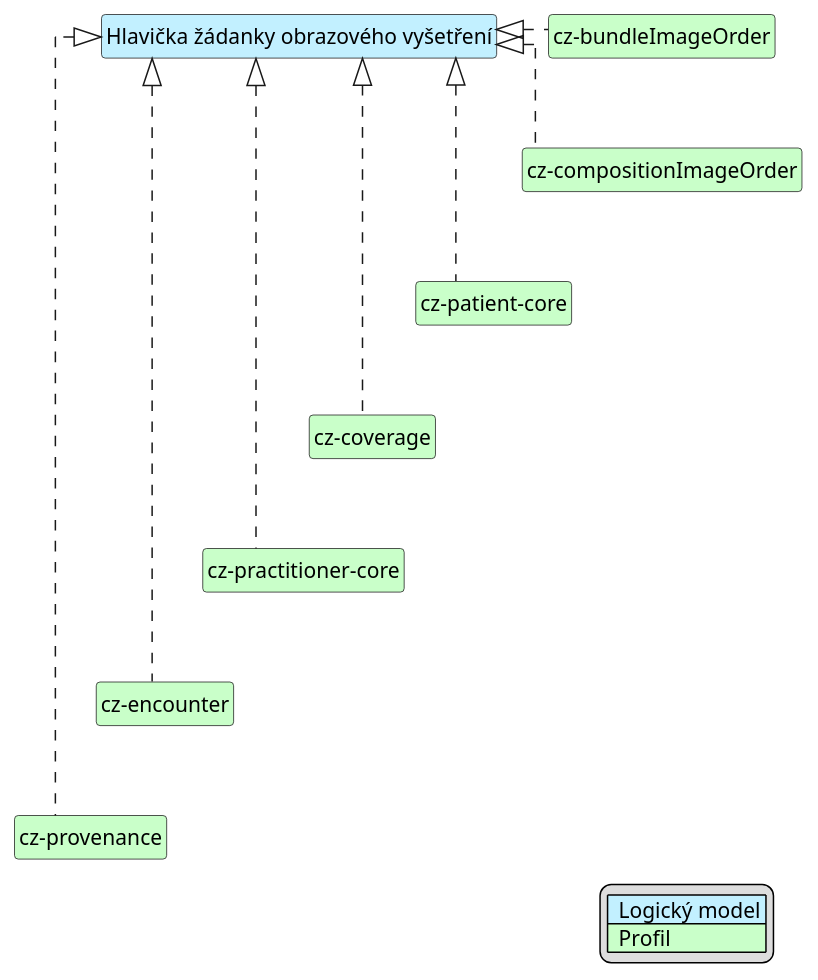
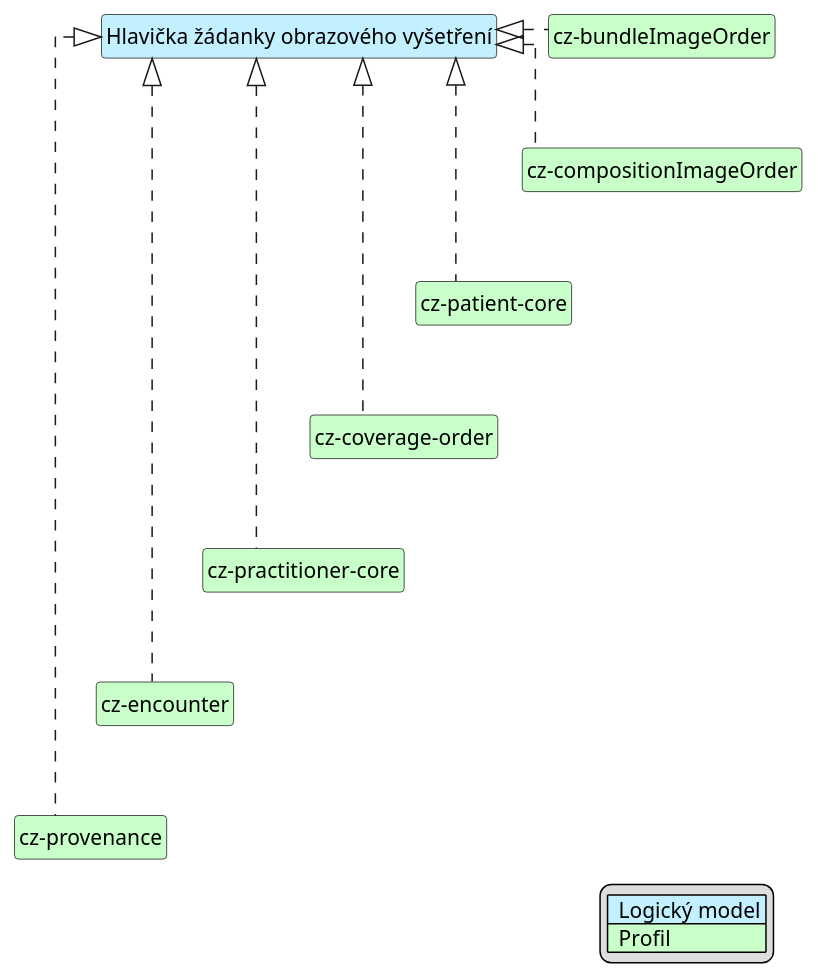
The diagram in input/images-source/imgOrderHead-map-cs.plantuml (HL7-cz/img-order), drawn with PlantUML before and after one commit. The commit also changed 3 other files, not shown here.

Commit message:
Fix coverage in plantuml

```diff
--- a/input/images-source/imgOrderHead-map-cs.plantuml
+++ b/input/images-source/imgOrderHead-map-cs.plantuml
@@ -1,47 +1,47 @@
 @startuml
 hide circle
 hide stereotype
 hide members
 hide methods
 skinparam linetype ortho
 skinparam class {
 BackgroundColor<<LogicalModel>> #APPLICATION
 BackgroundColor<<Profile>> #TECHNOLOGY
 }
 legend right
 | <#APPLICATION>  Logický model |
 | <#TECHNOLOGY>  Profil |
 endlegend
 class "Hlavička žádanky obrazového vyšetření" <<LogicalModel>> [[StructureDefinition-HeaderImagingOrder.html]]
 
 /'
 class "Additional Recipient" <<LogicalModel>> [[StructureDefinition-AdditionalRecipientCz.html]]
 class "Author" <<LogicalModel>> [[StructureDefinition-AuthorCz.html]]
 class "Information about coverage" <<LogicalModel>> [[StructureDefinition-CoverageOrderCz.html]]
 class "Document metadata" <<LogicalModel>> [[StructureDefinition-DocumentMetadataCz.html]]
 class "Health insurance and payment information" <<LogicalModel>> [[StructureDefinition-PayerCz.html]]
 class "Requested Performer" <<LogicalModel>> [[StructureDefinition-RequestedPerformerCz.html]]
 class "Identification" <<LogicalModel>> [[StructureDefinition-SubjectCz.html]]
 class "Related contact information of the Patient/subject" <<LogicalModel>> [[StructureDefinition-SubjectCz.html]]
 '/
 class "cz-encounter" <<Profile>> [[https://hl7.cz/fhir/core/StructureDefinition-cz-encounter.html]]
-class "cz-coverage" <<Profile>> [[https://hl7.cz/fhir/core/StructureDefinition-cz-coverage.html]]
+class "cz-coverage-order" <<Profile>> [[StructureDefinition-cz-coverage-order.html]]
 class "cz-patient-core" <<Profile>> [[https://hl7.cz/fhir/core/StructureDefinition-cz-patient-core.html]]
 class "cz-practitioner-core" <<Profile>> [[https://hl7.cz/fhir/core/StructureDefinition-cz-practitioner-core.html]]
 class "cz-bundleImageOrder" <<Profile>> [[StructureDefinition-cz-bundleImageOrder.html]]
 class "cz-provenance" <<Profile>> [[https://hl7.cz/fhir/core/StructureDefinition-cz-provenance.html]]
 class "cz-compositionImageOrder" <<Profile>> [[StructureDefinition-cz-compositionImageOrder.html]]
 "Hlavička žádanky obrazového vyšetření" <|. "cz-compositionImageOrder"
 "Hlavička žádanky obrazového vyšetření" <|. "cz-bundleImageOrder"
 "Hlavička žádanky obrazového vyšetření" <|. "cz-provenance"
 "Hlavička žádanky obrazového vyšetření" <|. "cz-patient-core"
-"Hlavička žádanky obrazového vyšetření" <|. "cz-coverage"
+"Hlavička žádanky obrazového vyšetření" <|. "cz-coverage-order"
 "Hlavička žádanky obrazového vyšetření" <|. "cz-practitioner-core"
 "Hlavička žádanky obrazového vyšetření" <|. "cz-encounter"
 "cz-bundleImageOrder" -d[hidden]-> "cz-compositionImageOrder"
 "cz-compositionImageOrder" -d[hidden]-> "cz-patient-core"
-"cz-patient-core" -d[hidden]-> "cz-coverage"
-"cz-coverage" -d[hidden]-> "cz-practitioner-core"
+"cz-patient-core" -d[hidden]-> "cz-coverage-order"
+"cz-coverage-order" -d[hidden]-> "cz-practitioner-core"
 "cz-practitioner-core" -d[hidden]-> "cz-encounter"
 "cz-encounter" -d[hidden]-> "cz-provenance"
 @enduml
```
